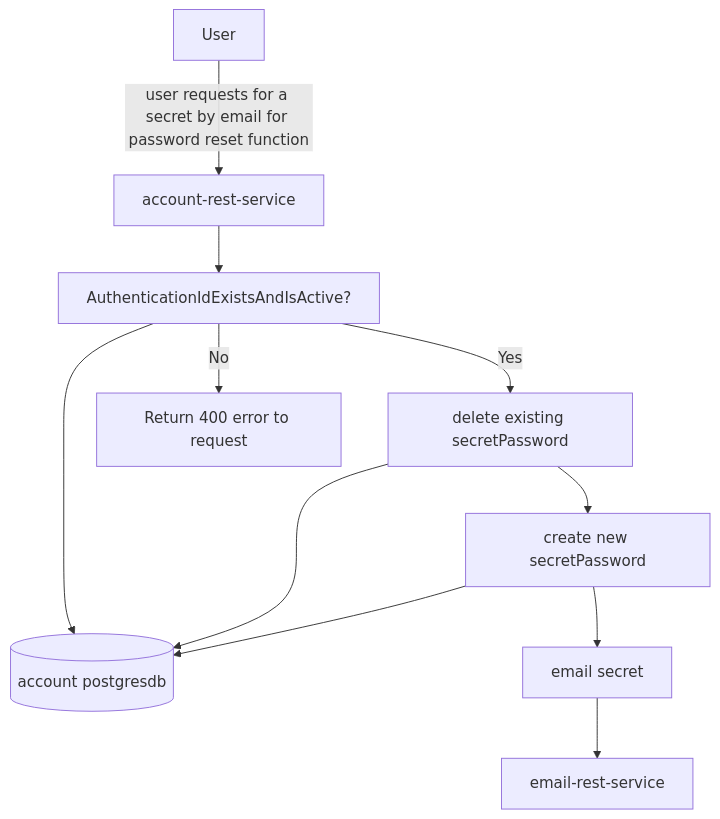
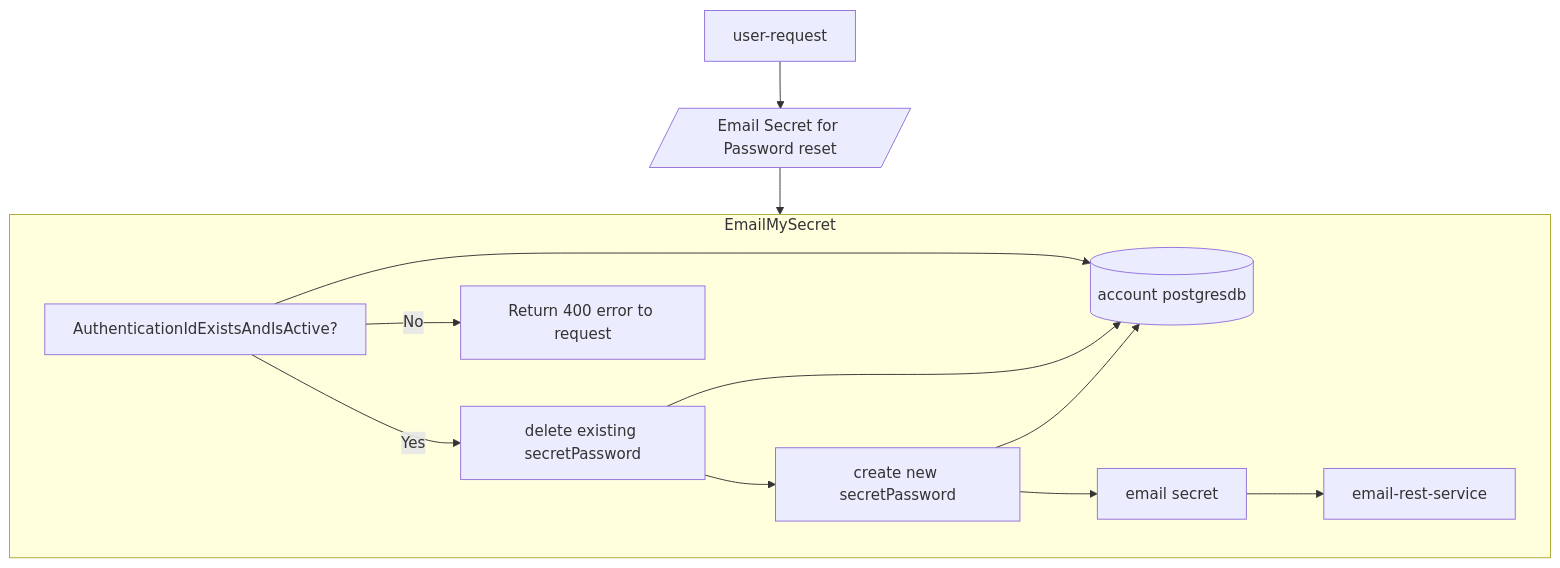
The fourth of 8 diagrams in README.md (sonamsamdupkhangsar/account-rest-service), drawn with Mermaid before and after one commit. The commit also changed other lines of this file, not shown here.

````diff
--- a/README.md
+++ b/README.md
@@ -127,13 +128,16 @@
 ```mermaid
 flowchart TD
-  User --"user requests for a secret by email for password reset function"--> account-rest-service
-  account-rest-service --> validateAuthenticationIdExistsAndTrue["AuthenticationIdExistsAndIsActive?"]
+  User[user-request] -->EmailSecret[/Email Secret for Password reset/]--> account-rest-service
+  
+  subgraph account-rest-service["EmailMySecret"]
+  validateAuthenticationIdExistsAndTrue["AuthenticationIdExistsAndIsActive?"]
   validateAuthenticationIdExistsAndTrue --> accountDb[(account postgresdb)]
   validateAuthenticationIdExistsAndTrue -->|Yes| deleteAnySecretPassword["delete existing secretPassword"]
   deleteAnySecretPassword --> accountDb
   validateAuthenticationIdExistsAndTrue -->|No| ReturnError[Return 400 error to request]
   deleteAnySecretPassword --> createNewSecretPassword["create new secretPassword"]
   createNewSecretPassword --> accountDb
   createNewSecretPassword --> emailSecret["email secret"]
-  emailSecret --> email-rest-service                  
+  emailSecret --> email-rest-service   
+  end               
 ```
````
